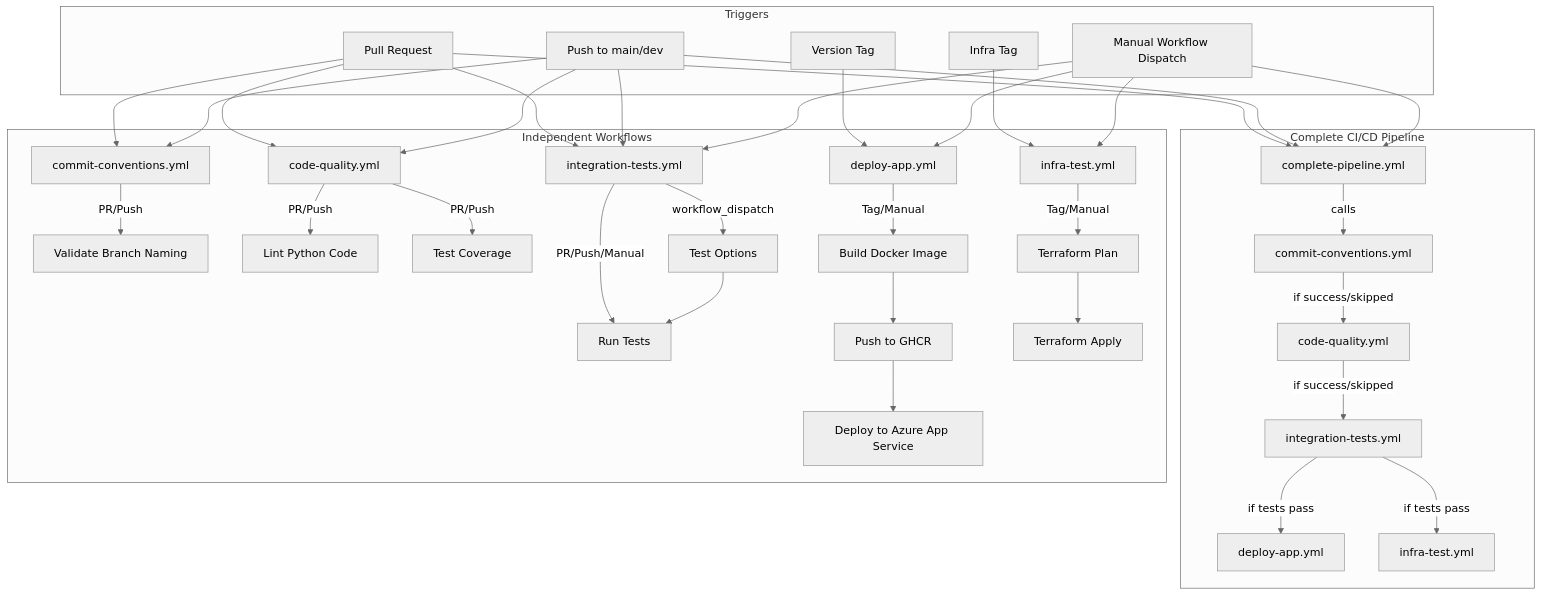
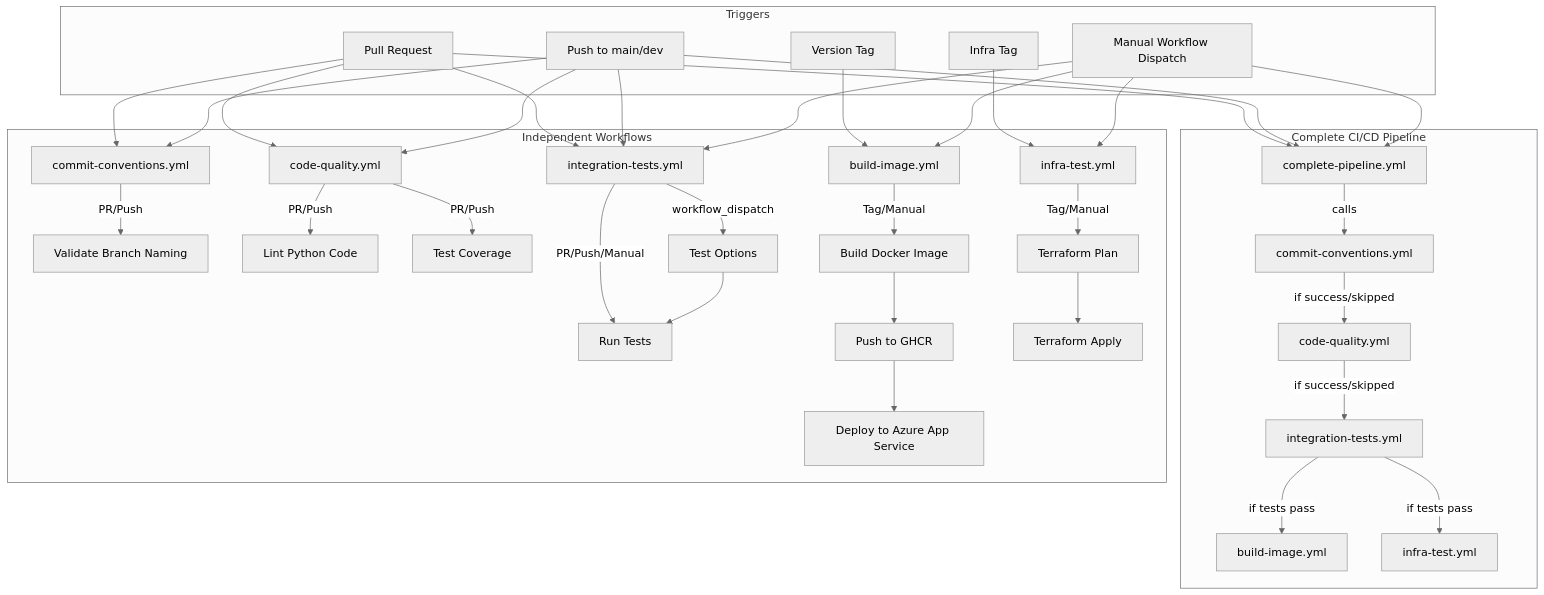
One commit to sdamache/konveyor changed the first of 3 diagrams in README.md. Above: the diagram before and after it, drawn with Mermaid (neutral theme). The commit also changed other lines of this file, not shown here.

Commit message:
Update README to replace references from deploy-app.yml to build-image.yml

````diff
--- a/README.md
+++ b/README.md
@@ -97,48 +97,48 @@
 ```mermaid
 graph TD
     subgraph "Complete CI/CD Pipeline"
         pipeline[complete-pipeline.yml] --> |calls| branch[commit-conventions.yml]
         branch --> |if success/skipped| quality[code-quality.yml]
         quality --> |if success/skipped| tests[integration-tests.yml]
-        tests --> |if tests pass| deploy[deploy-app.yml]
+        tests --> |if tests pass| deploy[build-image.yml]
         tests --> |if tests pass| infra[infra-test.yml]
     end
 
     subgraph "Independent Workflows"
         branch_ind[commit-conventions.yml] --> |PR/Push| validate[Validate Branch Naming]
 
         quality_ind[code-quality.yml] --> |PR/Push| lint[Lint Python Code]
         quality_ind --> |PR/Push| coverage[Test Coverage]
 
         tests_ind[integration-tests.yml] --> |PR/Push/Manual| run_tests[Run Tests]
         tests_ind --> |workflow_dispatch| test_options[Test Options]
         test_options --> run_tests
 
-        deploy_ind[deploy-app.yml] --> |Tag/Manual| build[Build Docker Image]
+        deploy_ind[build-image.yml] --> |Tag/Manual| build[Build Docker Image]
         build --> push[Push to GHCR]
         push --> deploy_app[Deploy to Azure App Service]
 
         infra_ind[infra-test.yml] --> |Tag/Manual| plan[Terraform Plan]
         plan --> apply[Terraform Apply]
     end
 
     subgraph "Triggers"
         pr[Pull Request] --> branch_ind
         pr --> quality_ind
         pr --> tests_ind
         pr --> pipeline
 
         push_main[Push to main/dev] --> branch_ind
         push_main --> quality_ind
         push_main --> tests_ind
         push_main --> pipeline
 
         tag_version[Version Tag] --> deploy_ind
         tag_infra[Infra Tag] --> infra_ind
 
         manual[Manual Workflow Dispatch] --> pipeline
         manual --> tests_ind
         manual --> deploy_ind
         manual --> infra_ind
     end
 ```
````
